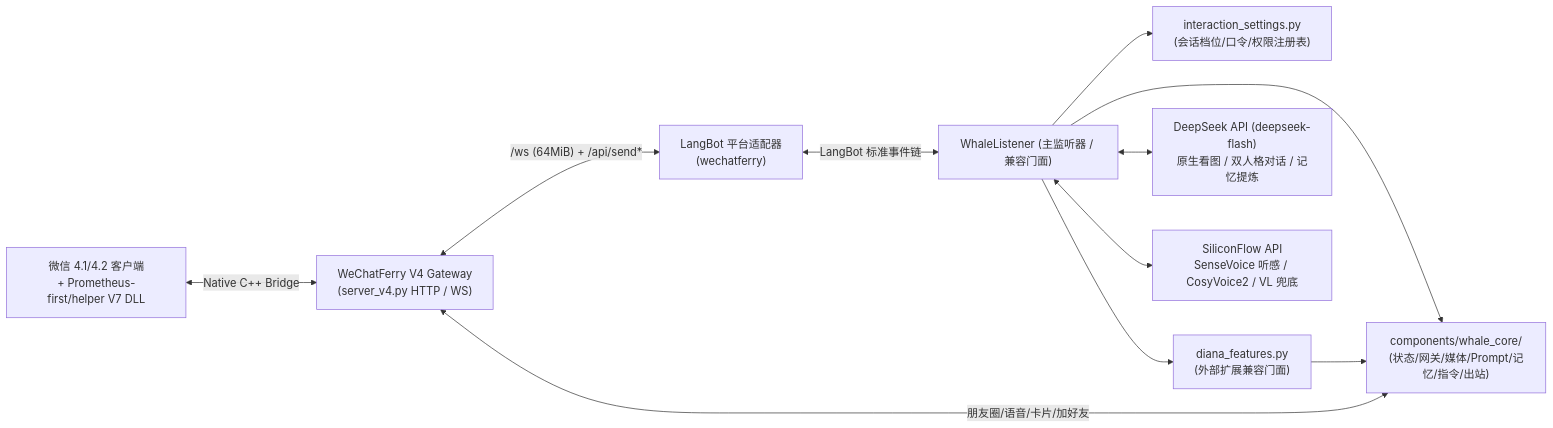
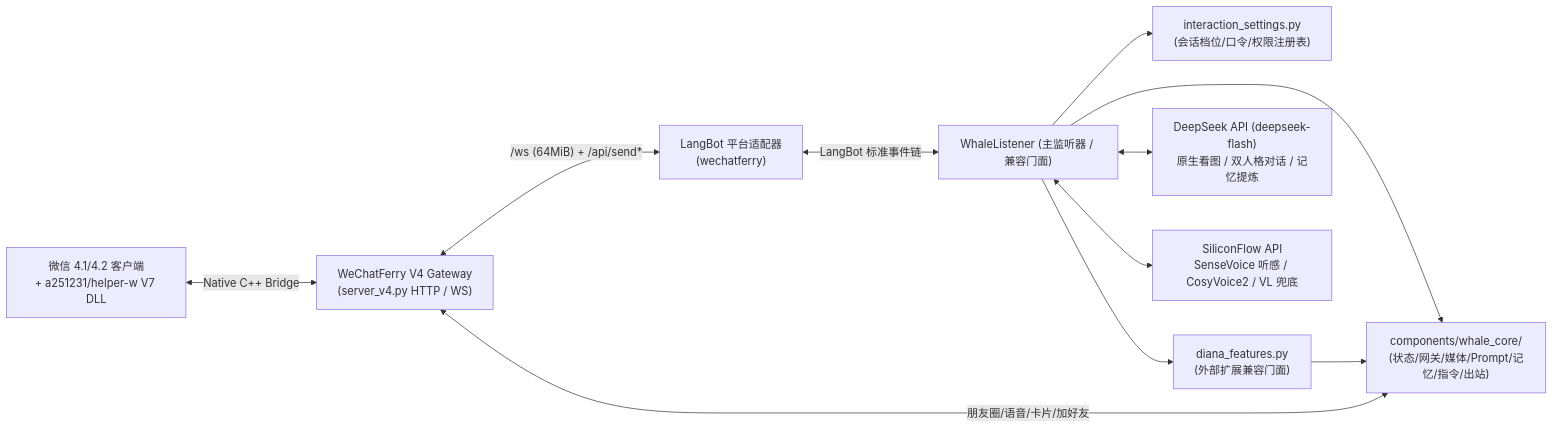
Before and after one commit to a251231/whale_persona_plugin: the diagram in README.md, drawn with Mermaid. The commit also changed other lines of this file and 8 other files, not shown here.

````diff
--- a/README.md
+++ b/README.md
@@ -54,13 +54,13 @@
 ```mermaid
 flowchart LR
-    A["微信 4.1/4.2 客户端\n+ Prometheus-first/helper V7 DLL"] <-->|"Native C++ Bridge"| B["WeChatFerry V4 Gateway\n(server_v4.py HTTP / WS)"]
+    A["微信 4.1/4.2 客户端\n+ a251231/helper-w V7 DLL"] <-->|"Native C++ Bridge"| B["WeChatFerry V4 Gateway\n(server_v4.py HTTP / WS)"]
     B <-->|"/ws (64MiB) + /api/send*"| H["LangBot 平台适配器\n(wechatferry)"]
     H <-->|"LangBot 标准事件链"| C["WhaleListener (主监听器 / 兼容门面)"]
     C --> D["interaction_settings.py\n(会话档位/口令/权限注册表)"]
     C --> W["components/whale_core/\n(状态/网关/媒体/Prompt/记忆/指令/出站)"]
     C --> E["diana_features.py\n(外部扩展兼容门面)"]
     E --> W
     B <-->|"朋友圈/语音/卡片/加好友"| W
     C <--> F["DeepSeek API (deepseek-flash)\n原生看图 / 双人格对话 / 记忆提炼"]
     C <--> G["SiliconFlow API\nSenseVoice 听感 / CosyVoice2 / VL 兜底"]
 ```
````
